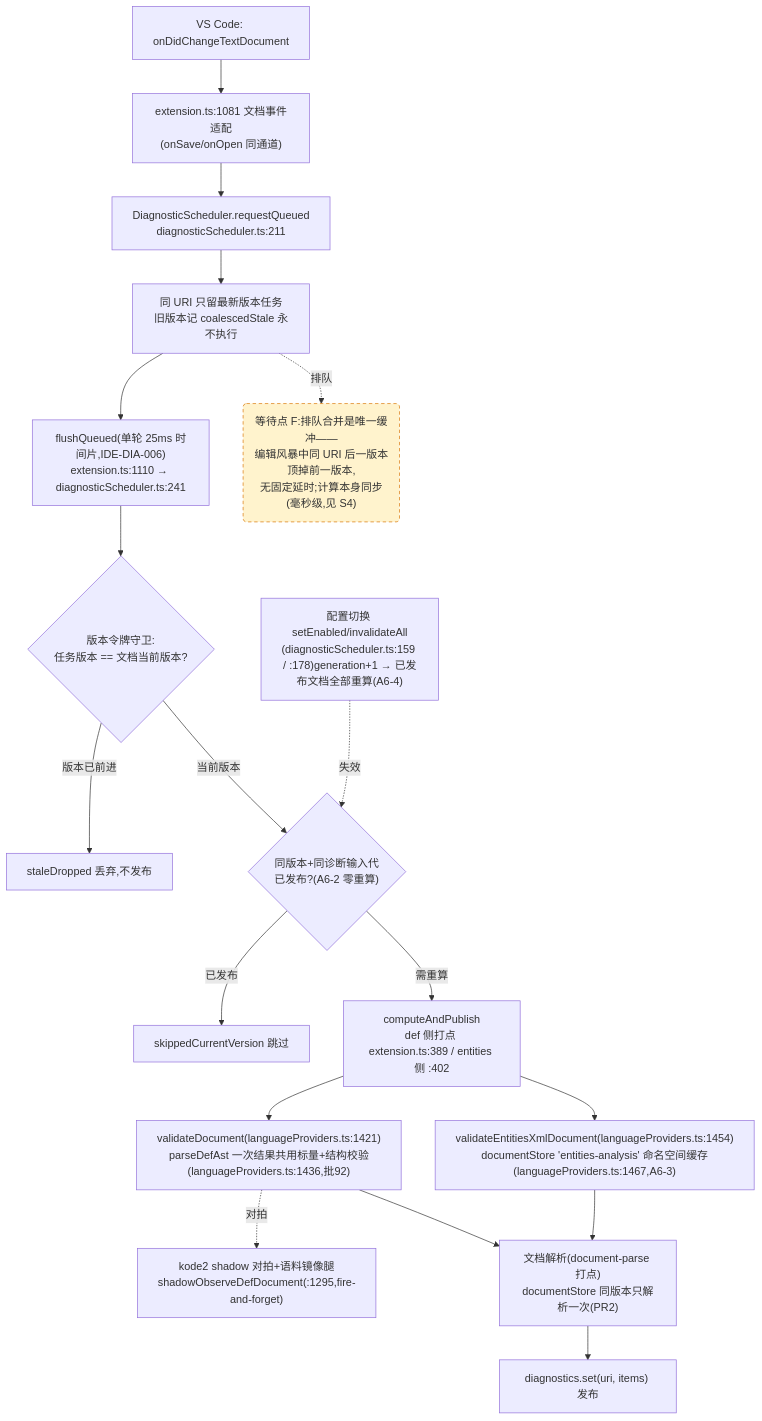
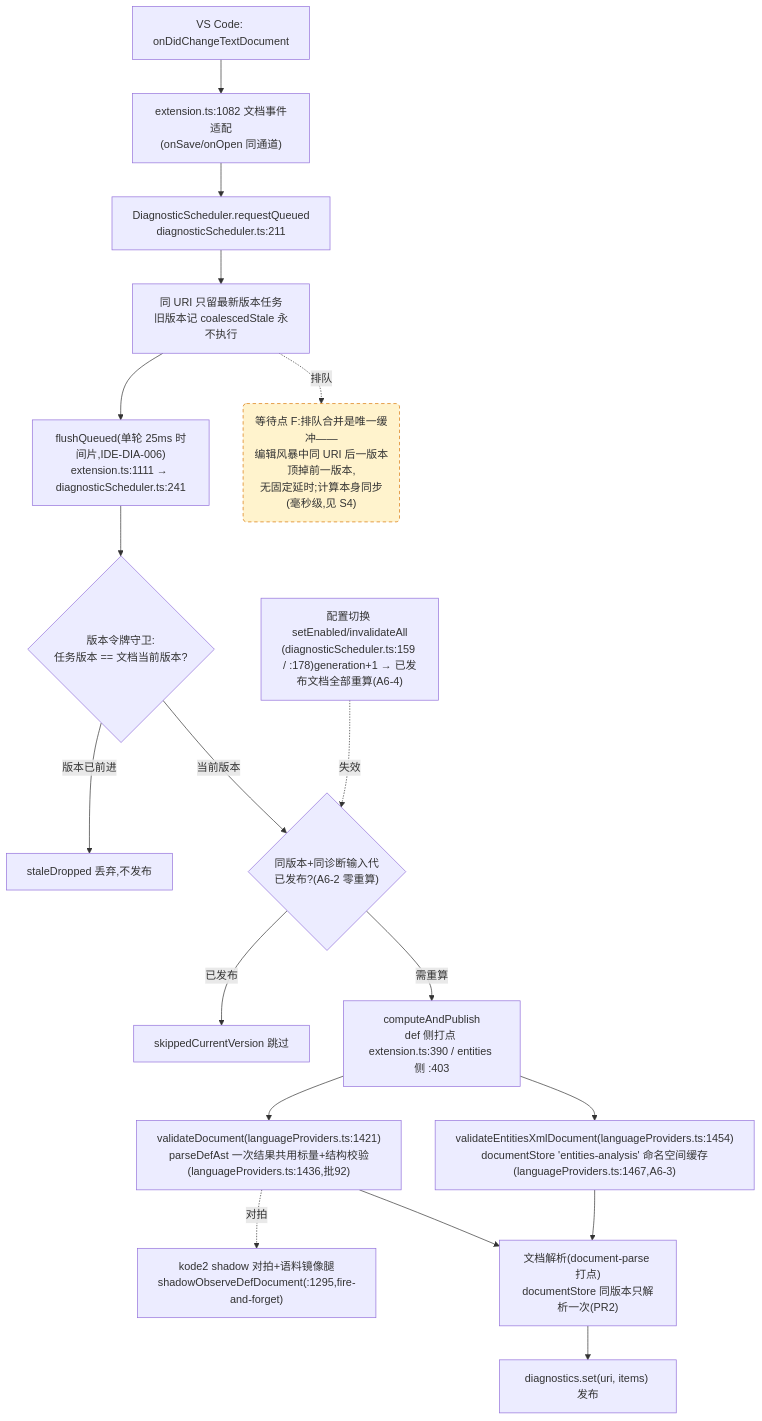
The fourth of 4 diagrams in docs/perf/2026-baseline.md (cuihairu/kode), drawn with Mermaid before and after one commit. The commit also changed other lines of this file and 9 other files, not shown here.

````diff
--- a/docs/perf/2026-baseline.md
+++ b/docs/perf/2026-baseline.md
@@ -214,38 +214,38 @@
 ```mermaid
 flowchart TD
   CHG["VS Code: onDidChangeTextDocument"]
-  WATCH["extension.ts:1081 文档事件适配<br/>(onSave/onOpen 同通道)"]
+  WATCH["extension.ts:1082 文档事件适配<br/>(onSave/onOpen 同通道)"]
   RQ["DiagnosticScheduler.requestQueued<br/>diagnosticScheduler.ts:211"]
   CO["同 URI 只留最新版本任务<br/>旧版本记 coalescedStale 永不执行"]
-  FL["flushQueued(单轮 25ms 时间片,IDE-DIA-006)<br/>extension.ts:1110 → diagnosticScheduler.ts:241"]
+  FL["flushQueued(单轮 25ms 时间片,IDE-DIA-006)<br/>extension.ts:1111 → diagnosticScheduler.ts:241"]
   VG{"版本令牌守卫:<br/>任务版本 == 文档当前版本?"}
   DROP["staleDropped 丢弃,不发布"]
   GEN{"同版本+同诊断输入代<br/>已发布?(A6-2 零重算)"}
   SKIP["skippedCurrentVersion 跳过"]
-  CALC["computeAndPublish<br/>def 侧打点 extension.ts:389 / entities 侧 :402"]
+  CALC["computeAndPublish<br/>def 侧打点 extension.ts:390 / entities 侧 :403"]
   VD["validateDocument(languageProviders.ts:1421)<br/>parseDefAst 一次结果共用标量+结构校验(languageProviders.ts:1436,批92)"]
   VEX["validateEntitiesXmlDocument(languageProviders.ts:1454)<br/>documentStore 'entities-analysis' 命名空间缓存(languageProviders.ts:1467,A6-3)"]
   SHDD["kode2 shadow 对拍+语料镜像腿<br/>shadowObserveDefDocument(:1295,fire-and-forget)"]
   DS["文档解析(document-parse 打点)<br/>documentStore 同版本只解析一次(PR2)"]
   PUB["diagnostics.set(uri, items) 发布"]
   CFG2["配置切换 setEnabled/invalidateAll<br/>(diagnosticScheduler.ts:159 / :178)generation+1 → 已发布文档全部重算(A6-4)"]
 
   CHG --> WATCH --> RQ --> CO --> FL --> VG
   VG -- "版本已前进" --> DROP
   VG -- "当前版本" --> GEN
   GEN -- "已发布" --> SKIP
   GEN -- "需重算" --> CALC
   CALC --> VD
   CALC --> VEX
   VD --> DS
   VEX --> DS
   DS --> PUB
   VD -.->|对拍| SHDD
   CFG2 -.->|失效| GEN
 
   WAITF("等待点 F:排队合并是唯一缓冲——<br/>编辑风暴中同 URI 后一版本顶掉前一版本,<br/>无固定延时;计算本身同步(毫秒级,见 S4)")
   CO -.->|排队| WAITF
 
   classDef waitPoint fill:#fff3cd,stroke:#d97706,stroke-dasharray:5 4;
   class WAITF waitPoint;
 ```
````
